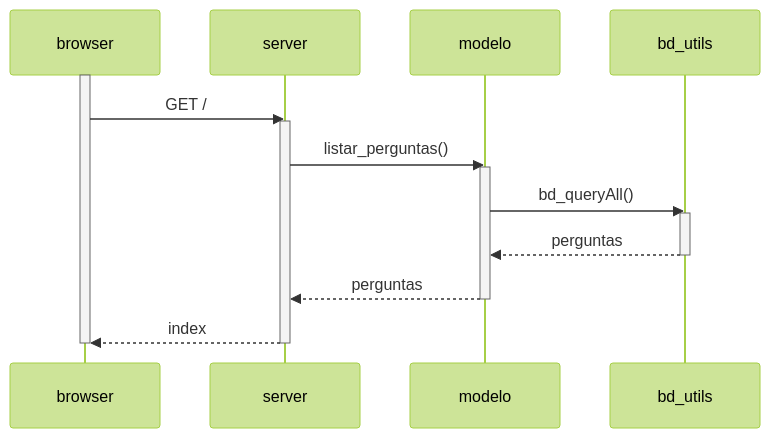
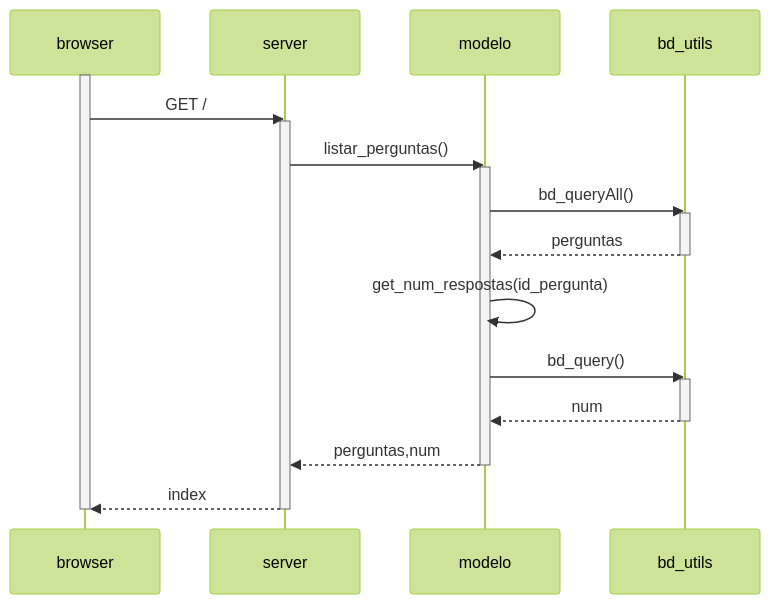
The first of 3 diagrams in docs/uml.md (mtov/esmforum), drawn with Mermaid (forest theme) before and after one commit. The commit also changed other lines of this file, not shown here.

````diff
--- a/docs/uml.md
+++ b/docs/uml.md
@@ -5,17 +5,22 @@
 ```mermaid
     sequenceDiagram
         activate browser
 	browser->>server: GET / 
         activate server
         server->>modelo: listar_perguntas()
         activate modelo
         modelo->>bd_utils: bd_queryAll()
         activate bd_utils
         bd_utils-->>modelo: perguntas
         deactivate bd_utils
-        modelo-->>server: perguntas
+	modelo->>modelo: get_num_respostas(id_pergunta)
+	modelo->>bd_utils: bd_query()
+        activate bd_utils
+        bd_utils-->>modelo: num
+        deactivate bd_utils
+        modelo-->>server: perguntas,num
         deactivate modelo
 	server-->>browser: index
 	deactivate server
 	deactivate browser
 ```	
````
